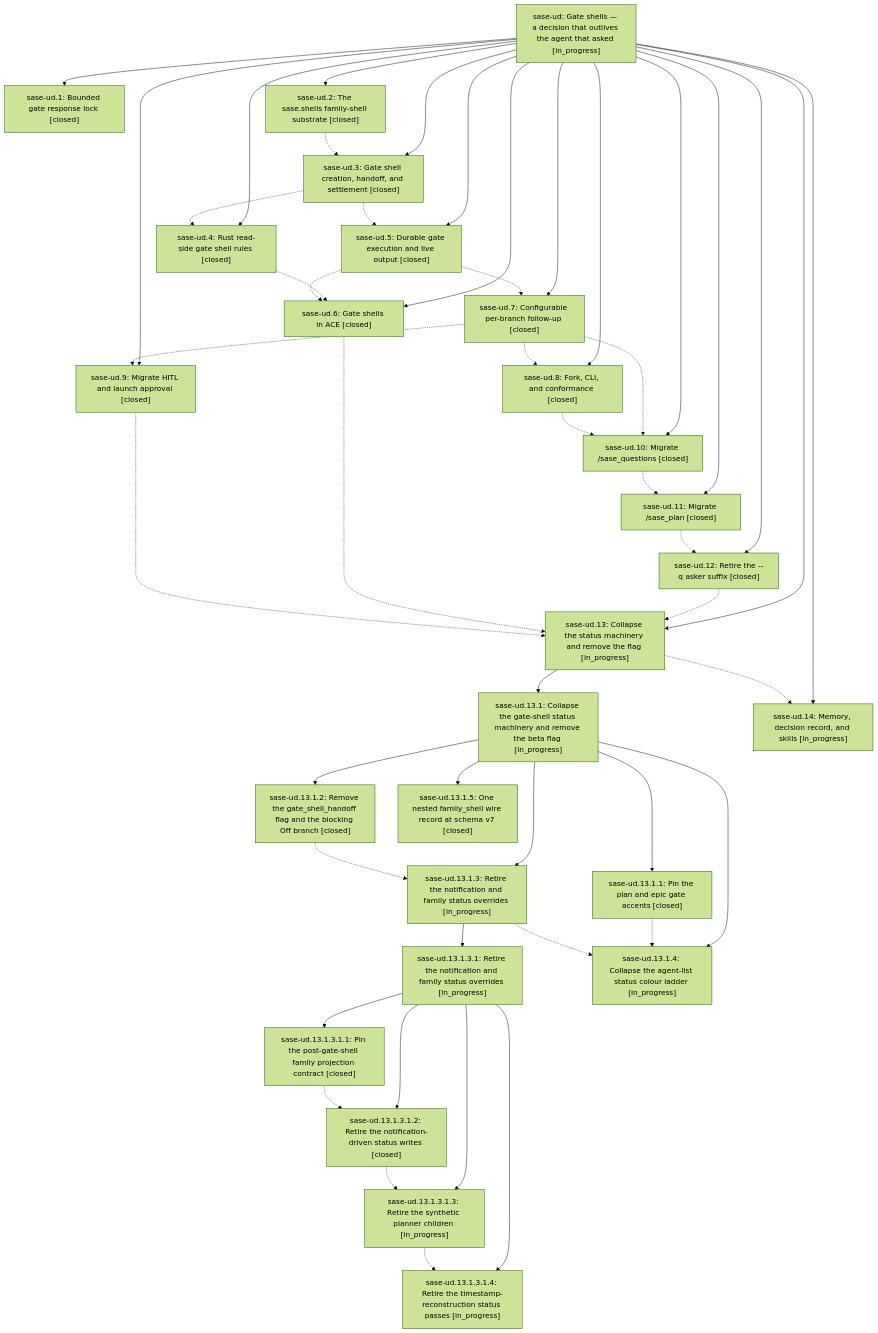
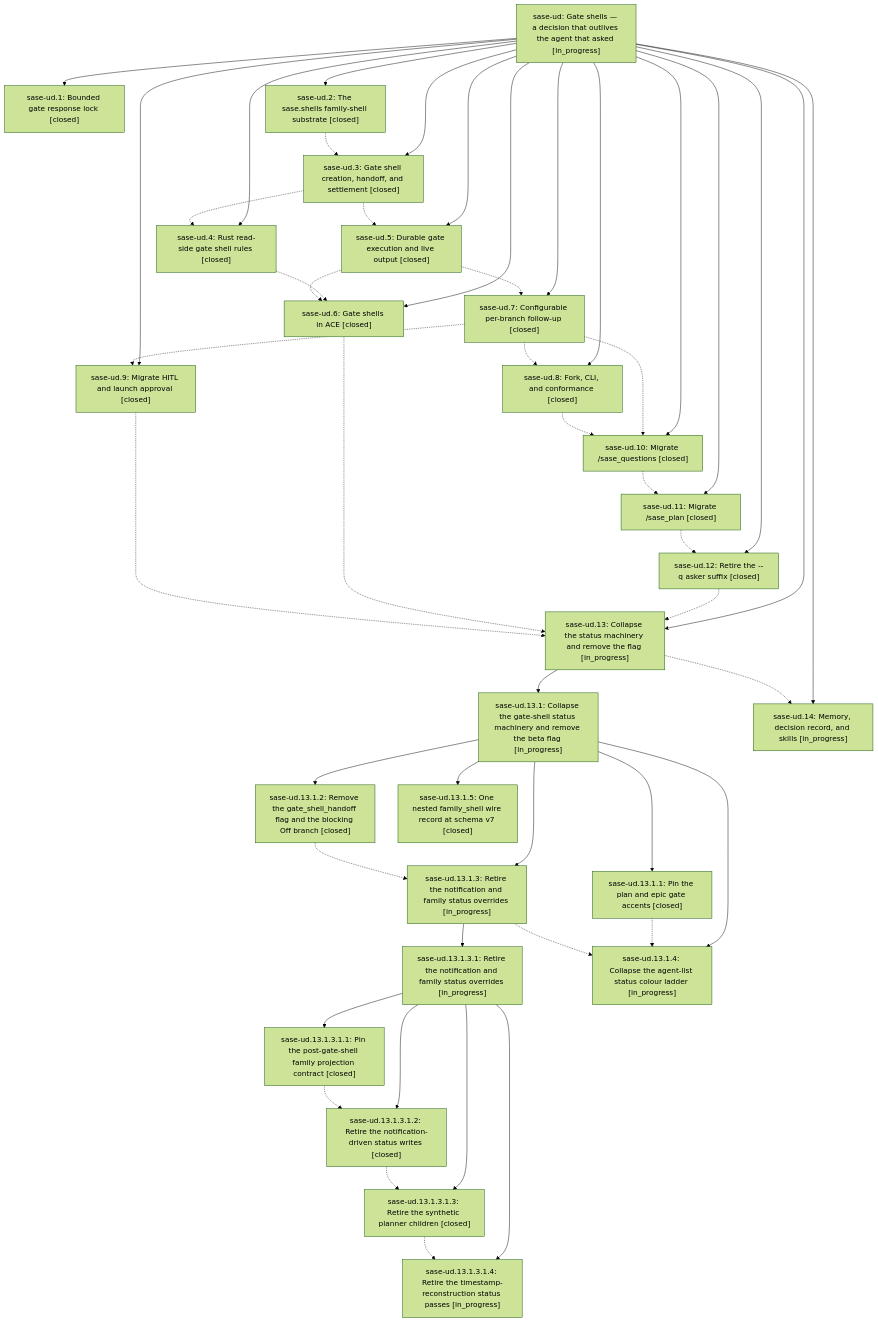
Before and after one commit to sase-org/sase--beads: the diagram in pages/sase-ud/README.md, drawn with Mermaid (forest theme). The commit also changed other lines of this file and 4 other files, not shown here.

````diff
--- a/pages/sase-ud/README.md
+++ b/pages/sase-ud/README.md
@@ -51,76 +55,76 @@
 ```mermaid
 flowchart TD
     n0["sase-ud: Gate shells — a decision that outlives the agent that asked [in_progress]"]
     n1["sase-ud.1: Bounded gate response lock [closed]"]
     n2["sase-ud.10: Migrate /sase_questions [closed]"]
     n3["sase-ud.11: Migrate /sase_plan [closed]"]
     n4["sase-ud.12: Retire the --q asker suffix [closed]"]
     n5["sase-ud.13: Collapse the status machinery and remove the flag [in_progress]"]
     n6["sase-ud.13.1: Collapse the gate-shell status machinery and remove the beta flag [in_progress]"]
     n7["sase-ud.13.1.1: Pin the plan and epic gate accents [closed]"]
     n8["sase-ud.13.1.2: Remove the gate_shell_handoff flag and the blocking Off branch [closed]"]
     n9["sase-ud.13.1.3: Retire the notification and family status overrides [in_progress]"]
     n10["sase-ud.13.1.3.1: Retire the notification and family status overrides [in_progress]"]
     n11["sase-ud.13.1.3.1.1: Pin the post-gate-shell family projection contract [closed]"]
     n12["sase-ud.13.1.3.1.2: Retire the notification-driven status writes [closed]"]
-    n13["sase-ud.13.1.3.1.3: Retire the synthetic planner children [in_progress]"]
+    n13["sase-ud.13.1.3.1.3: Retire the synthetic planner children [closed]"]
     n14["sase-ud.13.1.3.1.4: Retire the timestamp-reconstruction status passes [in_progress]"]
     n15["sase-ud.13.1.4: Collapse the agent-list status colour ladder [in_progress]"]
     n16["sase-ud.13.1.5: One nested family_shell wire record at schema v7 [closed]"]
     n17["sase-ud.14: Memory, decision record, and skills [in_progress]"]
     n18["sase-ud.2: The sase.shells family-shell substrate [closed]"]
     n19["sase-ud.3: Gate shell creation, handoff, and settlement [closed]"]
     n20["sase-ud.4: Rust read-side gate shell rules [closed]"]
     n21["sase-ud.5: Durable gate execution and live output [closed]"]
     n22["sase-ud.6: Gate shells in ACE [closed]"]
     n23["sase-ud.7: Configurable per-branch follow-up [closed]"]
     n24["sase-ud.8: Fork, CLI, and conformance [closed]"]
     n25["sase-ud.9: Migrate HITL and launch approval [closed]"]
     n0 --> n1
     n0 --> n2
     n0 --> n3
     n0 --> n4
     n0 --> n5
     n5 --> n6
     n6 --> n7
     n6 --> n8
     n6 --> n9
     n9 --> n10
     n10 --> n11
     n10 --> n12
     n10 --> n13
     n10 --> n14
     n6 --> n15
     n6 --> n16
     n0 --> n17
     n0 --> n18
     n0 --> n19
     n0 --> n20
     n0 --> n21
     n0 --> n22
     n0 --> n23
     n0 --> n24
     n0 --> n25
     n2 -.-> n3
     n3 -.-> n4
     n4 -.-> n5
     n5 -.-> n17
     n7 -.-> n15
     n8 -.-> n9
     n9 -.-> n15
     n11 -.-> n12
     n12 -.-> n13
     n13 -.-> n14
     n18 -.-> n19
     n19 -.-> n20
     n19 -.-> n21
     n20 -.-> n22
     n21 -.-> n22
     n21 -.-> n23
     n22 -.-> n5
     n23 -.-> n2
     n23 -.-> n24
     n23 -.-> n25
     n24 -.-> n2
     n25 -.-> n5
 ```
````
